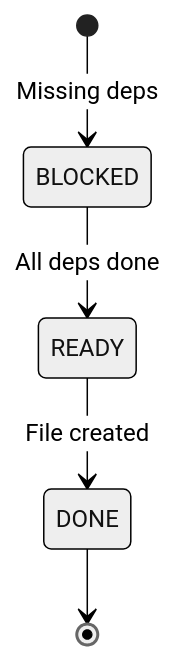
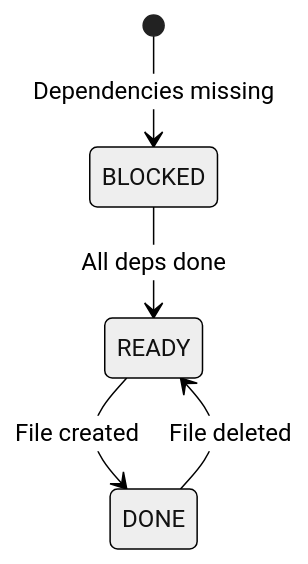
Before and after one commit to amauryconstant/openspec-extended: the third of 6 diagrams in resources/claude/skills/openspec-concepts/SKILL.md, drawn with Mermaid (neutral theme). The commit also changed other lines of this file and 13 other files, not shown here.

First line of the commit message:
Restructure openspec-concepts with anti-patterns and JSON schemas

````diff
--- a/resources/claude/skills/openspec-concepts/SKILL.md
+++ b/resources/claude/skills/openspec-concepts/SKILL.md
@@ -267,7 +155,7 @@
 ```mermaid
 stateDiagram-v2
-    [*] --> BLOCKED: Missing deps
+    [*] --> BLOCKED: Dependencies missing
     BLOCKED --> READY: All deps done
     READY --> DONE: File created
-    DONE --> [*]
+    DONE --> READY: File deleted
 ```
````
